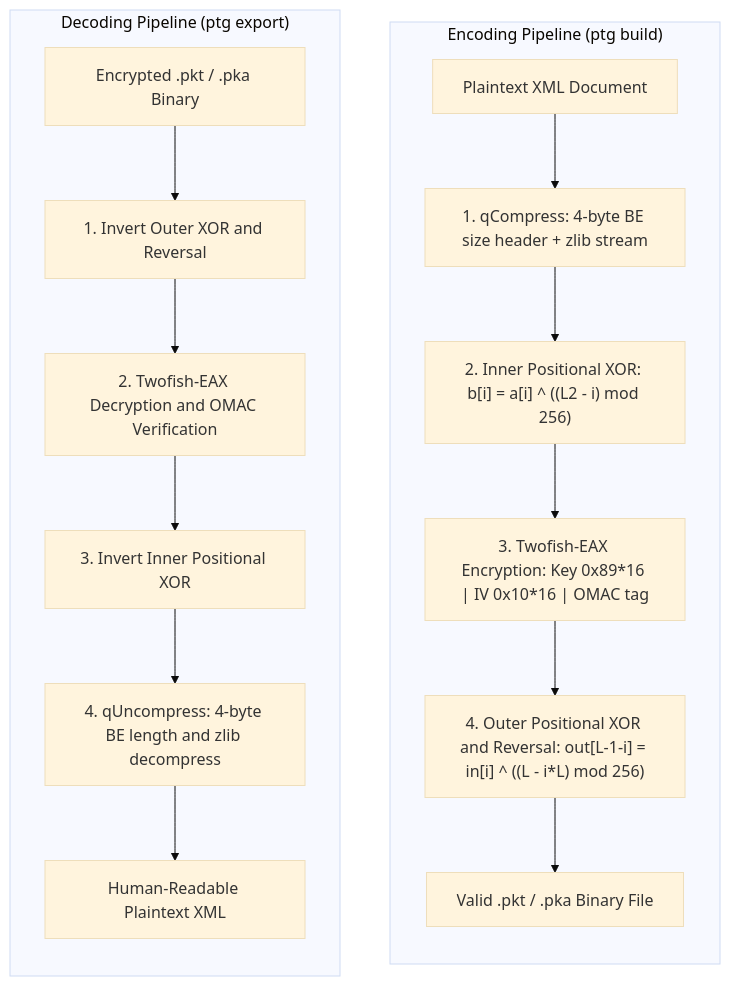
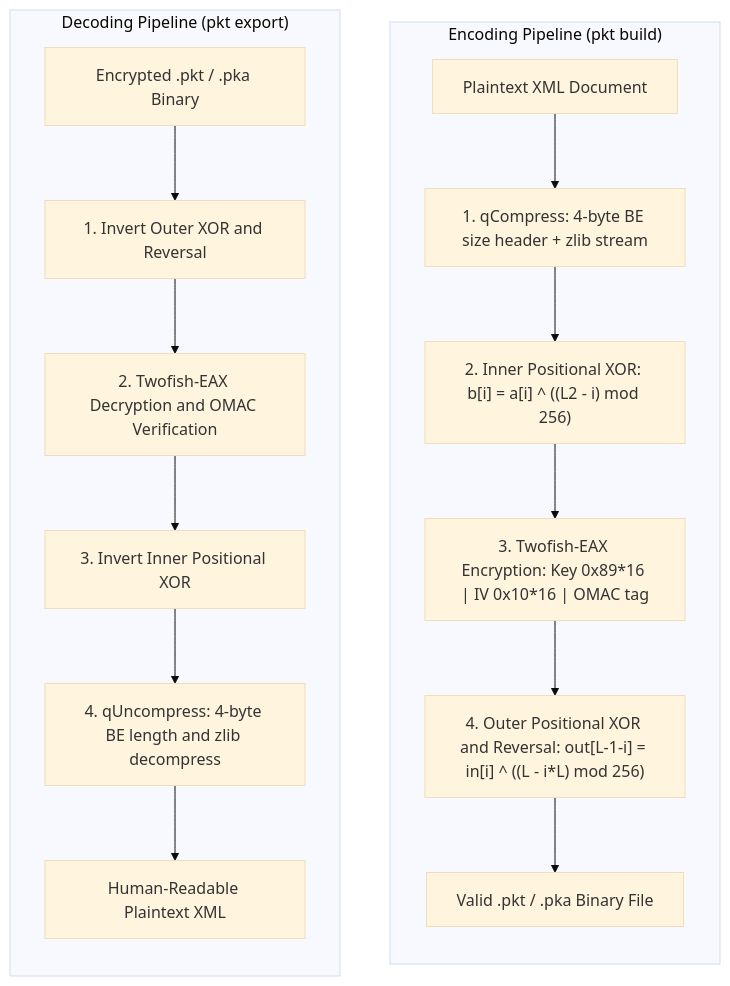
One commit to MarkOne-dev/pkt-git changed the third of 3 diagrams in README.md. Above: the diagram before and after it, drawn with Mermaid (base theme). The commit also changed other lines of this file and 11 other files, not shown here.

Commit message:
feat(cli): rename command to pkt (ptg kept as legacy alias)

````diff
--- a/README.md
+++ b/README.md
@@ -268,20 +268,20 @@
 ```mermaid
 flowchart TD
-    subgraph ENCODE["Encoding Pipeline (ptg build)"]
+    subgraph ENCODE["Encoding Pipeline (pkt build)"]
         direction TB
         E0["Plaintext XML Document"] --> E1["1. qCompress: 4-byte BE size header + zlib stream"]
         E1 --> E2["2. Inner Positional XOR: b[i] = a[i] ^ ((L2 - i) mod 256)"]
         E2 --> E3["3. Twofish-EAX Encryption: Key 0x89*16 | IV 0x10*16 | OMAC tag"]
         E3 --> E4["4. Outer Positional XOR and Reversal: out[L-1-i] = in[i] ^ ((L - i*L) mod 256)"]
         E4 --> E5["Valid .pkt / .pka Binary File"]
     end
 
-    subgraph DECODE["Decoding Pipeline (ptg export)"]
+    subgraph DECODE["Decoding Pipeline (pkt export)"]
         direction TB
         D5["Encrypted .pkt / .pka Binary"] --> D4["1. Invert Outer XOR and Reversal"]
         D4 --> D3["2. Twofish-EAX Decryption and OMAC Verification"]
         D3 --> D2["3. Invert Inner Positional XOR"]
         D2 --> D1["4. qUncompress: 4-byte BE length and zlib decompress"]
         D1 --> D0["Human-Readable Plaintext XML"]
     end
 ```
````
